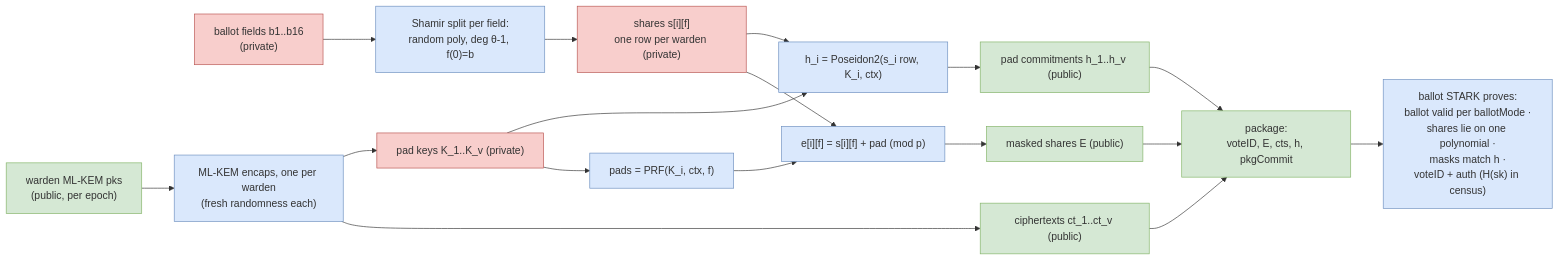
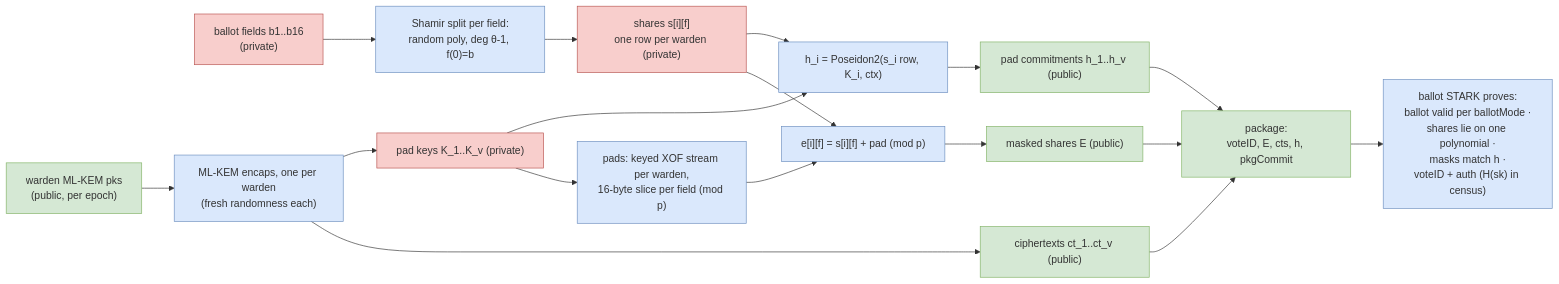
The diagram in v3-pq/figures/src/ballot-package.mmd (vocdoni/davinci-paper), drawn with Mermaid before and after one commit. The commit also changed 3 other files, not shown here.

```diff
--- a/v3-pq/figures/src/ballot-package.mmd
+++ b/v3-pq/figures/src/ballot-package.mmd
@@ -1,20 +1,20 @@
 flowchart LR
   classDef priv fill:#f8cecc,stroke:#b85450;
   classDef pub fill:#d5e8d4,stroke:#82b366;
   classDef op fill:#dae8fc,stroke:#6c8ebf;
   B["ballot fields b1..b16<br/>(private)"]:::priv --> SH["Shamir split per field:<br/>random poly, deg θ-1, f(0)=b"]:::op
   SH --> S["shares s[i][f]<br/>one row per warden (private)"]:::priv
   PK["warden ML-KEM pks<br/>(public, per epoch)"]:::pub --> KEM["ML-KEM encaps, one per warden<br/>(fresh randomness each)"]:::op
   KEM --> CT["ciphertexts ct_1..ct_v (public)"]:::pub
   KEM --> K["pad keys K_1..K_v (private)"]:::priv
-  K --> PRF["pads = PRF(K_i, ctx, f)"]:::op
+  K --> PRF["pads: keyed XOF stream per warden,<br/>16-byte slice per field (mod p)"]:::op
   S --> ADD["e[i][f] = s[i][f] + pad (mod p)"]:::op
   PRF --> ADD
   ADD --> E["masked shares E (public)"]:::pub
   S --> HH["h_i = Poseidon2(s_i row, K_i, ctx)"]:::op
   K --> HH
   HH --> HC["pad commitments h_1..h_v (public)"]:::pub
   E --> PKG["package:<br/>voteID, E, cts, h, pkgCommit"]:::pub
   CT --> PKG
   HC --> PKG
   PKG --> STARK["ballot STARK proves:<br/>ballot valid per ballotMode ·<br/>shares lie on one polynomial ·<br/>masks match h ·<br/>voteID + auth (H(sk) in census)"]:::op
```
